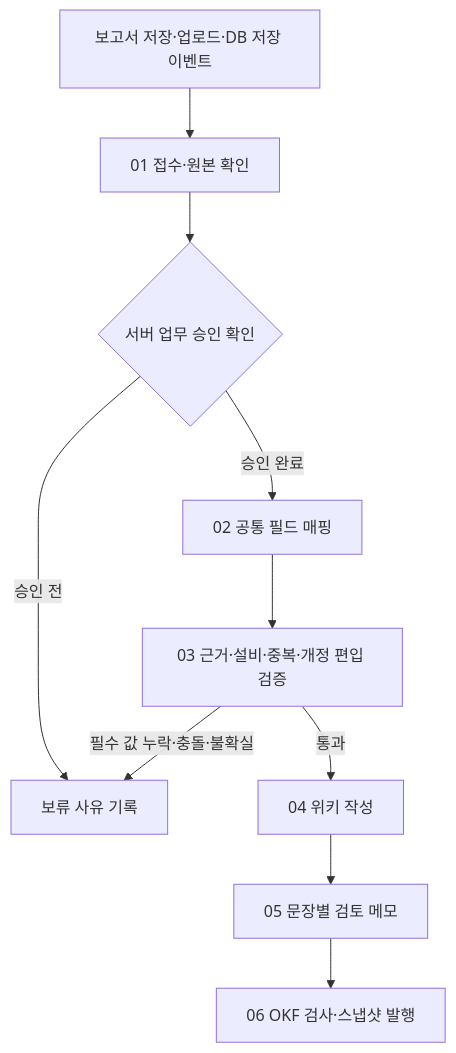
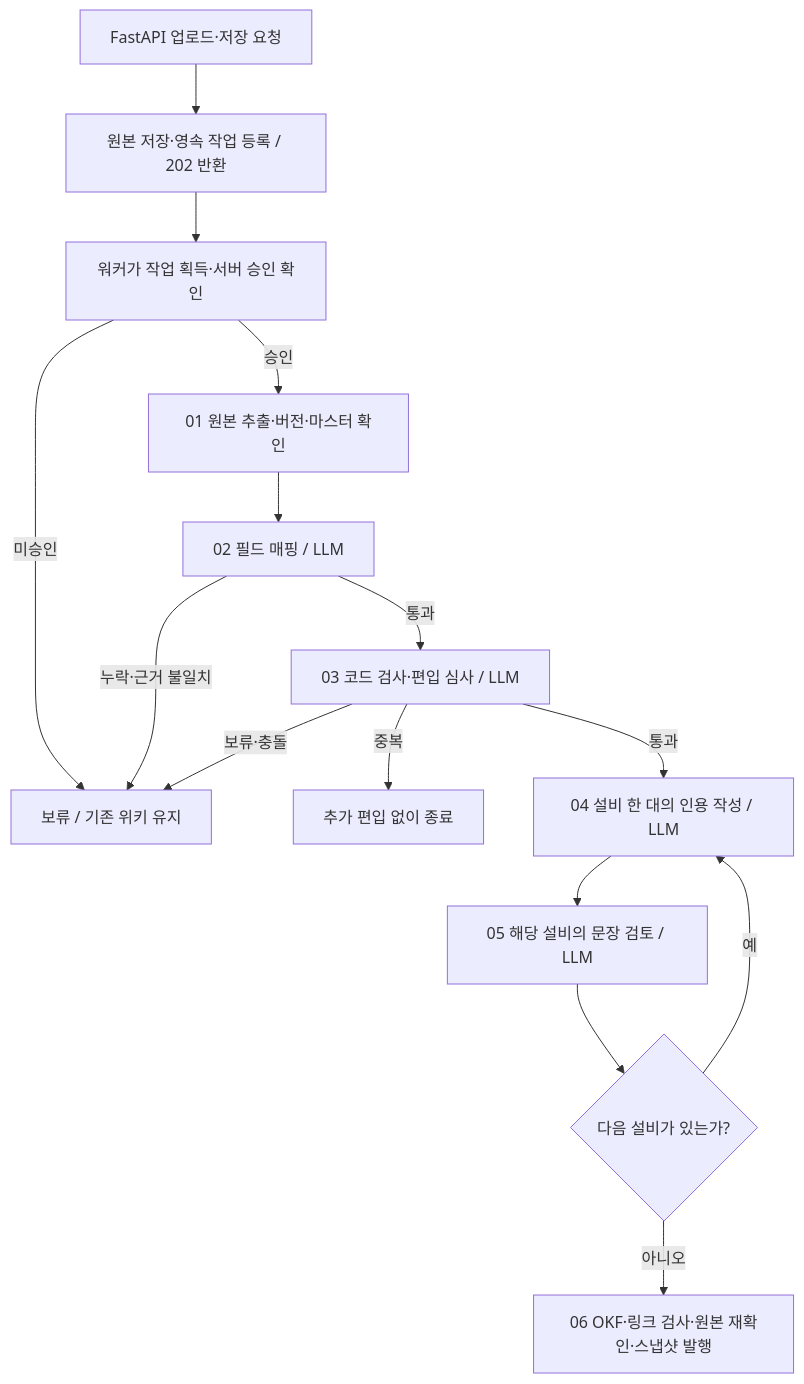
Before and after one commit to woorivermountain/clew-wiki-agent: the diagram in README.md, drawn with Mermaid. The commit also changed other lines of this file and 2 other files, not shown here.

Commit message:
docs: trace report workflow and LLM call sites

````diff
--- a/README.md
+++ b/README.md
@@ -90,12 +92,17 @@
 ```mermaid
 flowchart TD
-  A[보고서 저장·업로드·DB 저장 이벤트] --> B[01 접수·원본 확인]
-  B --> C{서버 업무 승인 확인}
-  C -- 승인 전 --> H[보류 사유 기록]
-  C -- 승인 완료 --> D[02 공통 필드 매핑]
-  D --> E[03 근거·설비·중복·개정 편입 검증]
-  E -- 필수 값 누락·충돌·불확실 --> H
-  E -- 통과 --> F[04 위키 작성]
-  F --> G[05 문장별 검토 메모]
-  G --> I[06 OKF 검사·스냅샷 발행]
+  A[FastAPI 업로드·저장 요청] --> B[원본 저장·영속 작업 등록 / 202 반환]
+  B --> C[워커가 작업 획득·서버 승인 확인]
+  C -- 미승인 --> H[보류 / 기존 위키 유지]
+  C -- 승인 --> D[01 원본 추출·버전·마스터 확인]
+  D --> M[02 필드 매핑 / LLM]
+  M -- 누락·근거 불일치 --> H
+  M -- 통과 --> V[03 코드 검사·편입 심사 / LLM]
+  V -- 보류·충돌 --> H
+  V -- 중복 --> U[추가 편입 없이 종료]
+  V -- 통과 --> W[04 설비 한 대의 인용 작성 / LLM]
+  W --> R[05 해당 설비의 문장 검토 / LLM]
+  R --> N{다음 설비가 있는가?}
+  N -- 예 --> W
+  N -- 아니오 --> P[06 OKF·링크 검사·원본 재확인·스냅샷 발행]
 ```
````
